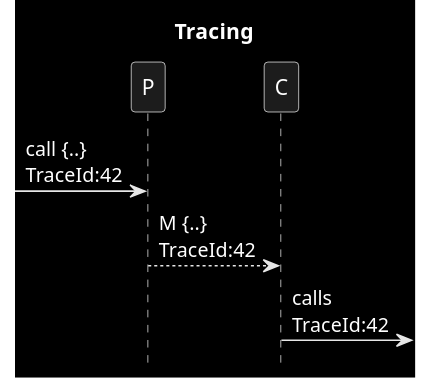
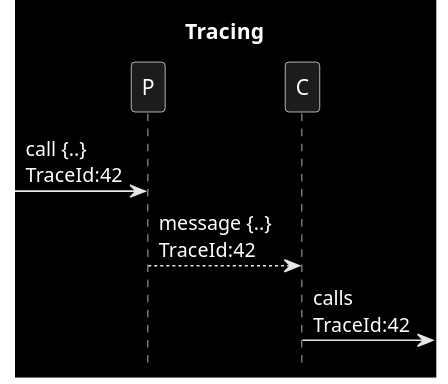
The diagram in patterns/8_tracing.puml (victorrentea/kafka), drawn with PlantUML before and after one commit. The commit also changed 5 other files, not shown here.

```diff
--- a/patterns/8_tracing.puml
+++ b/patterns/8_tracing.puml
@@ -1,9 +1,9 @@
 @startuml
 title Tracing
 hide footbox
 skinparam monochrome reverse
 
 ->P:call {..} \nTraceId:42
-P-->C: M {..} \nTraceId:42
+P-->C: message {..} \nTraceId:42
 C->:calls \nTraceId:42
 @enduml
```
